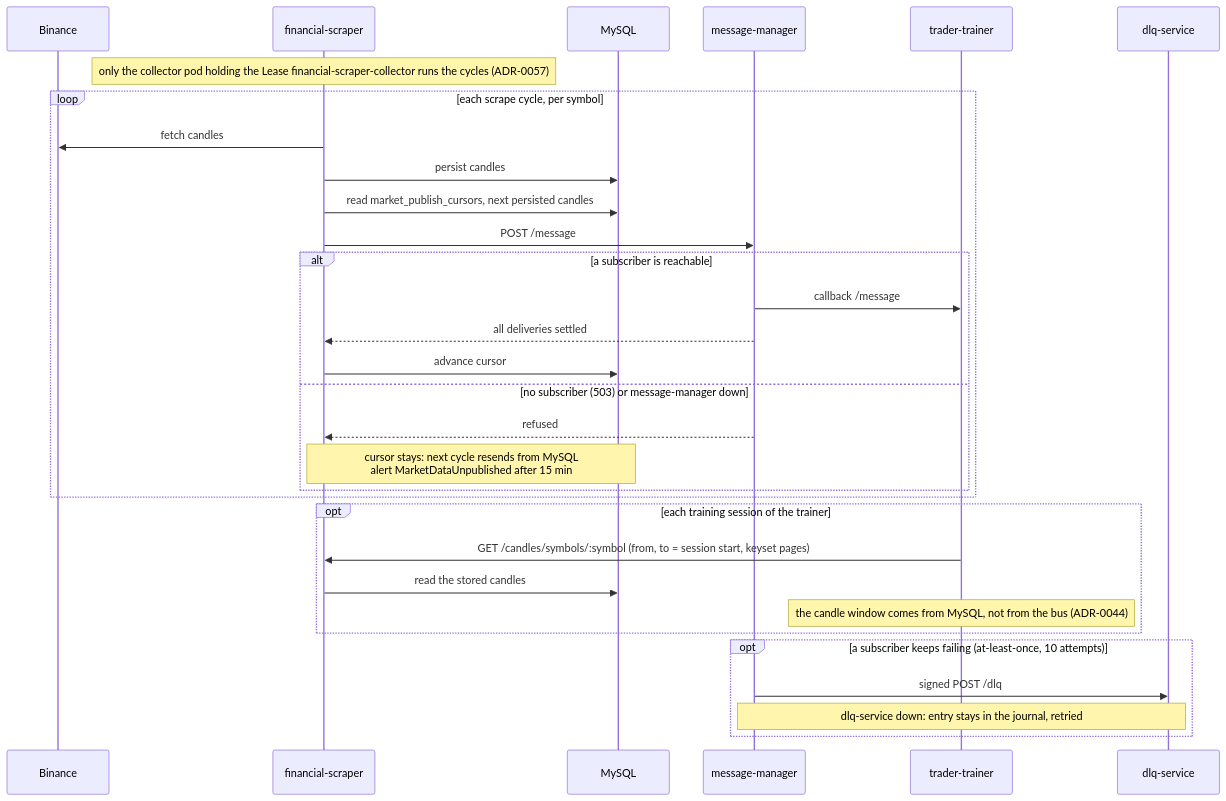
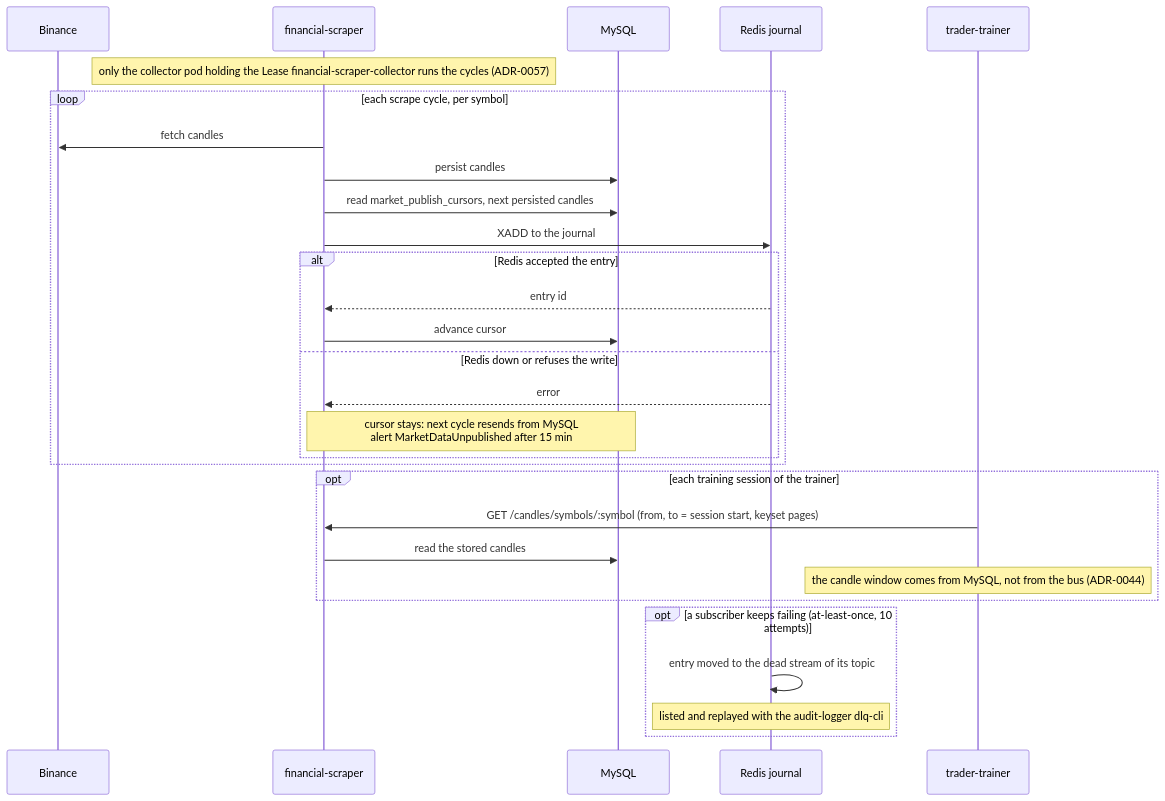
Before and after one commit to docteur-turboss/trading-model: the fourth of 4 diagrams in docs/architecture/system-overview.md, drawn with Mermaid. The commit also changed other lines of this file and 220 other files, not shown here.

Commit message:
:fire:(multiple): remove the message-manager, dlq-service and mongo-dlq infrastructure, docs and gates (ADR-0073 release N+1) (#1241)

````diff
--- a/docs/architecture/system-overview.md
+++ b/docs/architecture/system-overview.md
@@ -107,33 +102,31 @@
 ```mermaid
 sequenceDiagram
   participant B as Binance
   participant FS as financial-scraper
   participant DB as MySQL
-  participant MM as message-manager
+  participant R as Redis journal
   participant TT as trader-trainer
-  participant DLQ as dlq-service
   Note over FS: only the collector pod holding the Lease financial-scraper-collector runs the cycles (ADR-0057)
   loop each scrape cycle, per symbol
     FS->>B: fetch candles
     FS->>DB: persist candles
     FS->>DB: read market_publish_cursors, next persisted candles
-    FS->>MM: POST /message
-    alt a subscriber is reachable
-      MM->>TT: callback /message
-      MM-->>FS: all deliveries settled
+    FS->>R: XADD to the journal
+    alt Redis accepted the entry
+      R-->>FS: entry id
       FS->>DB: advance cursor
-    else no subscriber (503) or message-manager down
-      MM-->>FS: refused
+    else Redis down or refuses the write
+      R-->>FS: error
       Note over FS,DB: cursor stays: next cycle resends from MySQL<br/>alert MarketDataUnpublished after 15 min
     end
   end
   opt each training session of the trainer
     TT->>FS: GET /candles/symbols/:symbol (from, to = session start, keyset pages)
     FS->>DB: read the stored candles
     Note over TT: the candle window comes from MySQL, not from the bus (ADR-0044)
   end
   opt a subscriber keeps failing (at-least-once, 10 attempts)
-    MM->>DLQ: signed POST /dlq
-    Note over MM,DLQ: dlq-service down: entry stays in the journal, retried
+    R->>R: entry moved to the dead stream of its topic
+    Note over R: listed and replayed with the audit-logger dlq-cli
   end
 ```
````
